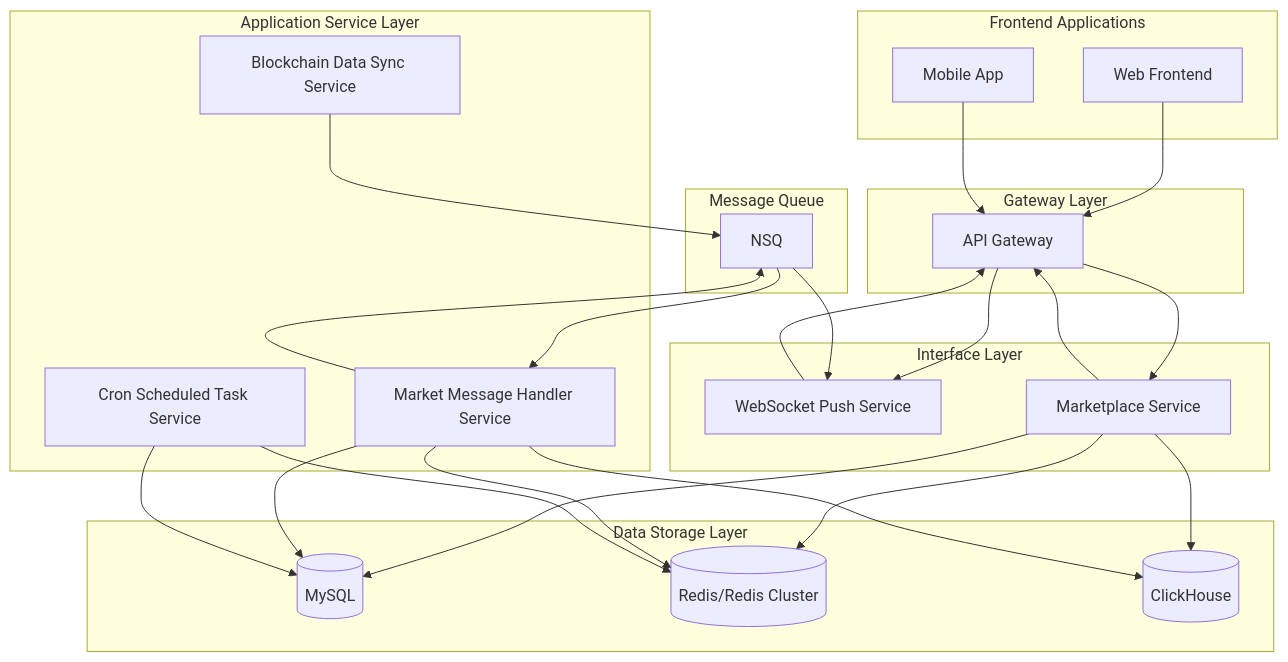
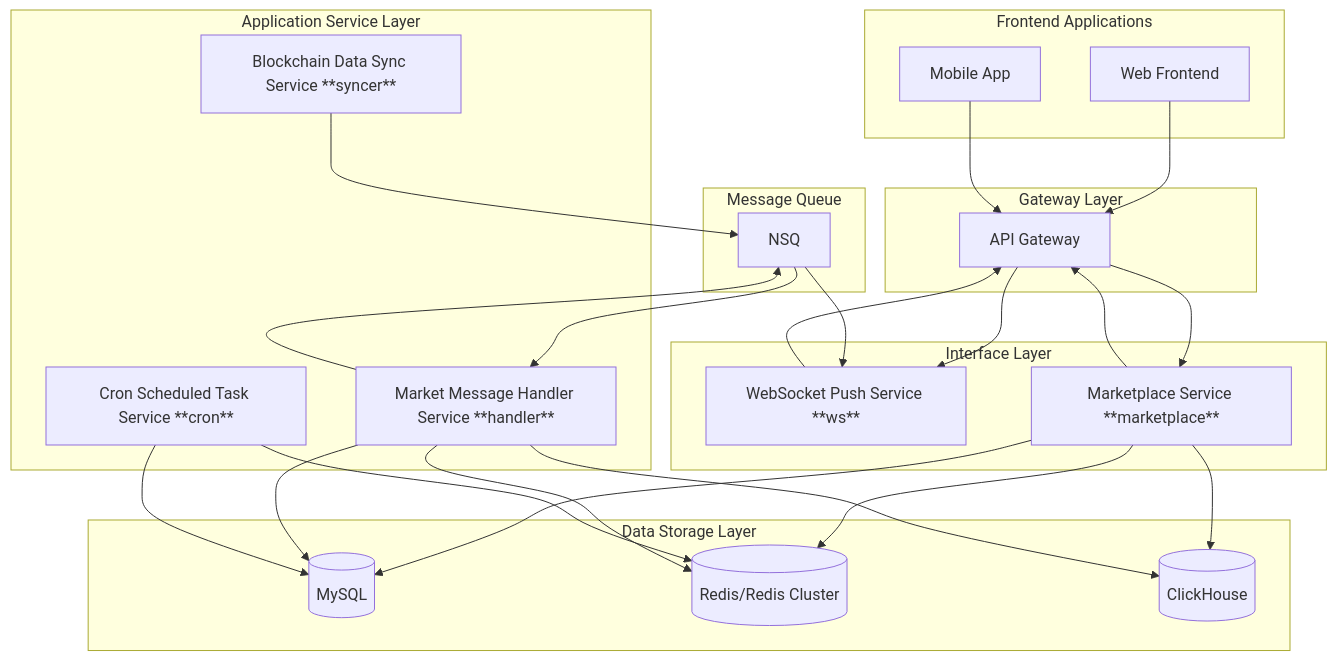
The diagram in knows.md (valiant-coder/DefiLlama-Adapters), drawn with Mermaid before and after one commit.

Commit message:
docs: annotate system architecture diagram with service names

````diff
--- a/knows.md
+++ b/knows.md
@@ -5,62 +5,62 @@
 ```mermaid
 graph TB
     subgraph Frontend Applications
         Web[Web Frontend]
         Mobile[Mobile App]
     end
 
     subgraph Gateway Layer
         API[API Gateway]
     end
 
     subgraph Interface Layer
-        WS[WebSocket Push Service]
-        Market[Marketplace Service]
+        WS[WebSocket Push Service **ws**]
+        Market[Marketplace Service **marketplace**]
        
     end
 
     subgraph Application Service Layer
-        Cron[Cron Scheduled Task Service]
-        Syncer[Blockchain Data Sync Service]
-        Handler[Market Message Handler Service]
+        Cron[Cron Scheduled Task Service **cron**]
+        Syncer[Blockchain Data Sync Service **syncer**]
+        Handler[Market Message Handler Service **handler**]
     end
 
 
     subgraph Message Queue
         NSQ[NSQ]
     end
 
     subgraph Data Storage Layer
         MySQL[(MySQL)]
         Redis[(Redis/Redis Cluster)]
         ClickHouse[(ClickHouse)]
     end
 
     Web --> API
     Mobile --> API
 
     
     API --> Market
     Market --> API
     API --> WS
     WS --> API
     
     Market --> MySQL
     Market --> Redis
     Market --> ClickHouse
 
     Syncer --> NSQ
 
     NSQ --> WS
     Handler --> NSQ
     NSQ --> Handler
 
     Handler --> MySQL
     Handler --> Redis
     Handler --> ClickHouse
     
     Cron --> MySQL
     Cron --> Redis
 
     
 ```
````
